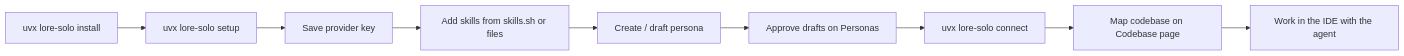
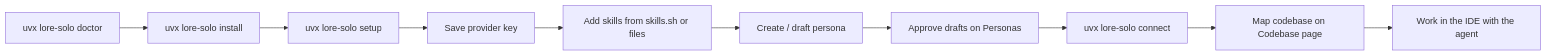
Before and after one commit to starrynight-web/LORE: the third of 10 diagrams in docs/solo/FLOW.md, drawn with Mermaid. The commit also changed 12 other files, not shown here.

First line of the commit message:
Add lore-solo doctor and ship 0.1.2 for lab-PC setup checks.

````diff
--- a/docs/solo/FLOW.md
+++ b/docs/solo/FLOW.md
@@ -60,11 +60,12 @@
 ```mermaid
 flowchart LR
-  A[uvx lore-solo install] --> B[uvx lore-solo setup]
+  Z[uvx lore-solo doctor] --> A[uvx lore-solo install]
+  A --> B[uvx lore-solo setup]
   B --> C[Save provider key]
   C --> D[Add skills from skills.sh or files]
   D --> E[Create / draft persona]
   E --> F[Approve drafts on Personas]
   F --> G[uvx lore-solo connect]
   G --> H[Map codebase on Codebase page]
   H --> I[Work in the IDE with the agent]
 ```
````
